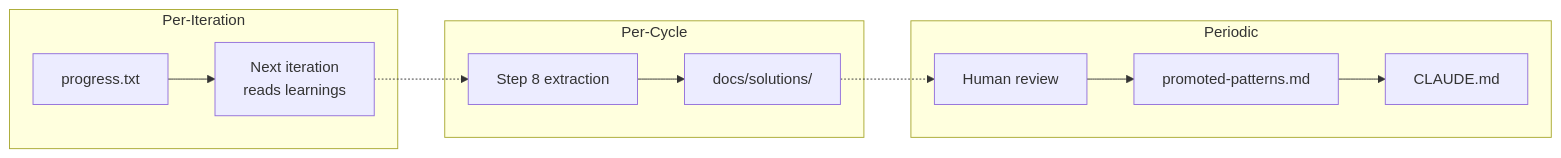
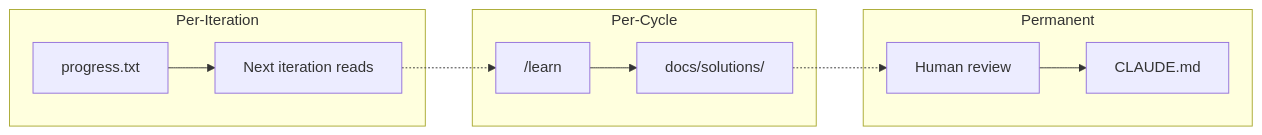
One commit to builtform/launchpad changed the eighth of 8 diagrams in docs/guides/METHODOLOGY.md. Above: the diagram before and after it, drawn with Mermaid. The commit also changed other lines of this file and 11 other files, not shown here.

````diff
--- a/docs/guides/METHODOLOGY.md
+++ b/docs/guides/METHODOLOGY.md
@@ -1429,25 +723,23 @@
 ```mermaid
 flowchart LR
     subgraph "Per-Iteration"
         PROG["progress.txt"]
-        NEXT["Next iteration\nreads learnings"]
+        NEXT["Next iteration reads"]
         PROG --> NEXT
     end
 
     subgraph "Per-Cycle"
-        STEP8["Step 8 extraction"]
+        LEARN["/learn"]
         SOLS["docs/solutions/"]
-        STEP8 --> SOLS
+        LEARN --> SOLS
     end
 
-    subgraph "Periodic"
-        HUMAN["Human review"]
-        PROMOTED["promoted-patterns.md"]
+    subgraph "Permanent"
+        REVIEW["Human review"]
         CLAUDE["CLAUDE.md"]
-        HUMAN --> PROMOTED
-        PROMOTED --> CLAUDE
+        REVIEW --> CLAUDE
     end
 
-    NEXT -.-> STEP8
-    SOLS -.-> HUMAN
+    NEXT -.-> LEARN
+    SOLS -.-> REVIEW
 ```
````
